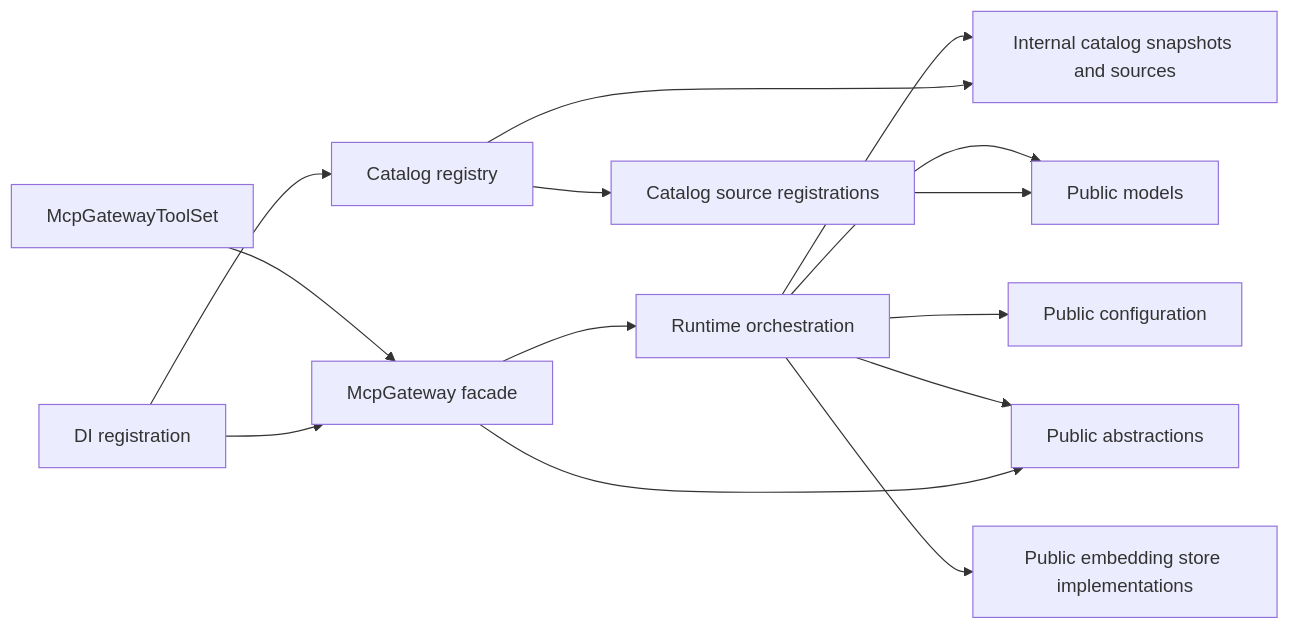
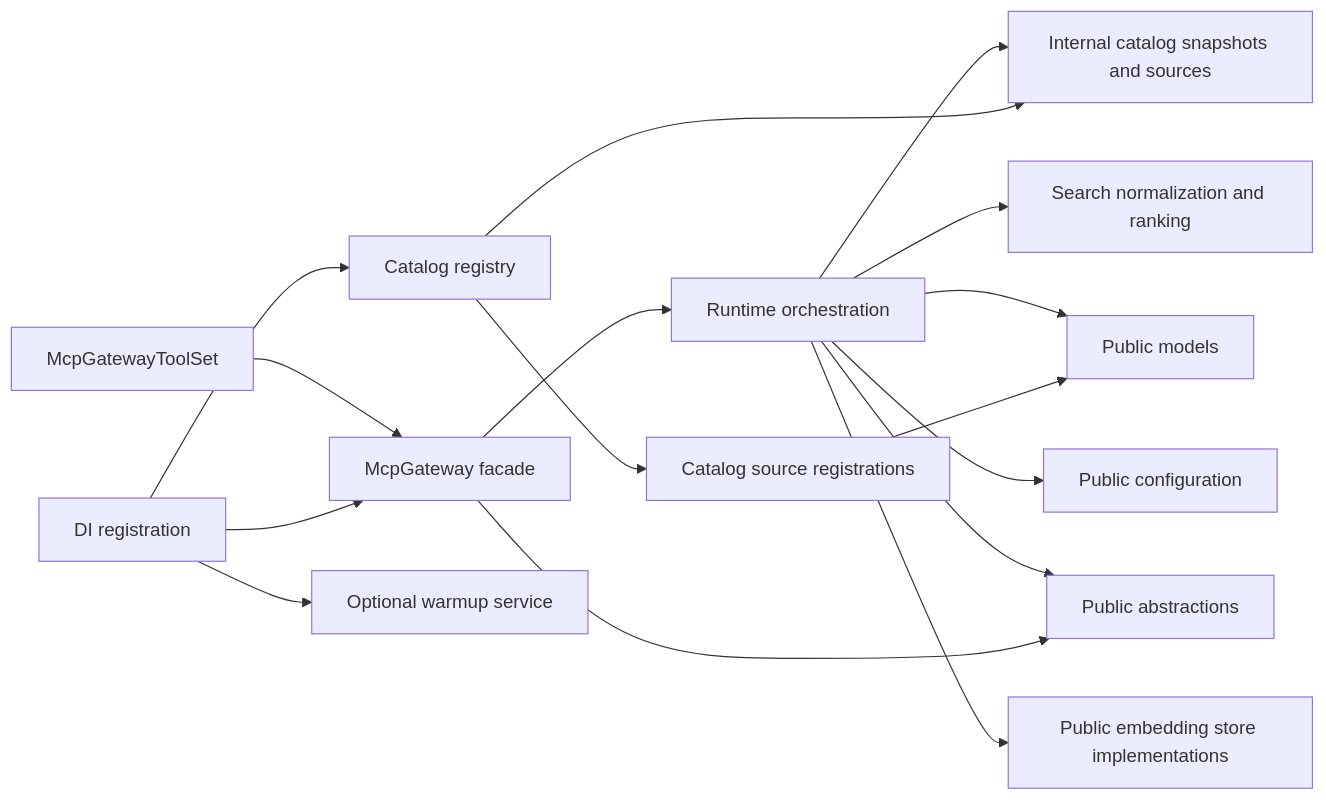
One commit to pokshiu/MCPGateway changed the first of 3 diagrams in docs/Architecture/Overview.md. Above: the diagram before and after it, drawn with Mermaid. The commit also changed other lines of this file and 4 other files, not shown here.

Commit message:
Document gateway architecture and README guidance

````diff
--- a/docs/Architecture/Overview.md
+++ b/docs/Architecture/Overview.md
@@ -25,16 +25,18 @@
 ```mermaid
 flowchart LR
     Facade["McpGateway facade"] --> Runtime["Runtime orchestration"]
     ToolSet["McpGatewayToolSet"] --> Facade
     DI["DI registration"] --> Facade
     DI --> Registry["Catalog registry"]
+    DI --> Warmup["Optional warmup service"]
     Runtime --> InternalCatalog["Internal catalog snapshots and sources"]
+    Runtime --> Search["Search normalization and ranking"]
     Runtime --> Models["Public models"]
     Runtime --> Config["Public configuration"]
     Runtime --> Abstractions["Public abstractions"]
     Runtime --> Embeddings["Public embedding store implementations"]
     Registry --> InternalCatalog
     Registry --> Sources["Catalog source registrations"]
     Sources --> Models
     Facade --> Abstractions
 ```
````
